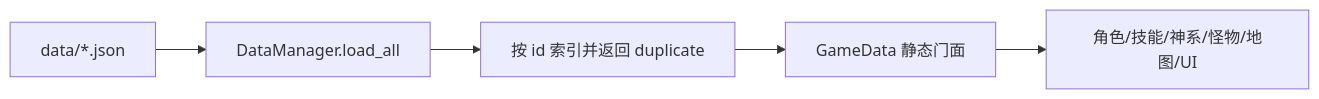
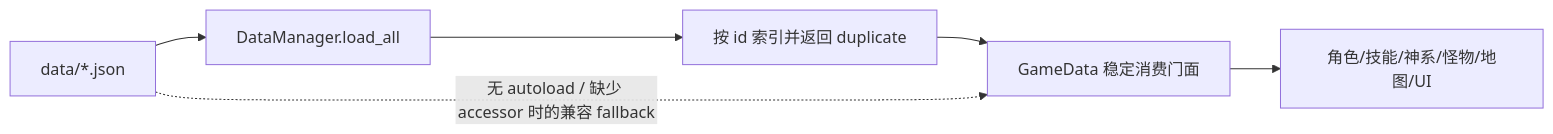
Before and after one commit to dengjunxicool-ai/roguelike_survivor: the second of 8 diagrams in docs/PROJECT_SYSTEMS_OVERVIEW.md, drawn with Mermaid. The commit also changed other lines of this file and 16 other files, not shown here.

````diff
--- a/docs/PROJECT_SYSTEMS_OVERVIEW.md
+++ b/docs/PROJECT_SYSTEMS_OVERVIEW.md
@@ -60,7 +60,8 @@
 ```mermaid
 flowchart LR
     A["data/*.json"] --> B["DataManager.load_all"]
     B --> C["按 id 索引并返回 duplicate"]
-    C --> D["GameData 静态门面"]
+    C --> D["GameData 稳定消费门面"]
     D --> E["角色/技能/神系/怪物/地图/UI"]
+    A -. "无 autoload / 缺少 accessor 时的兼容 fallback" .-> D
 ```
````
